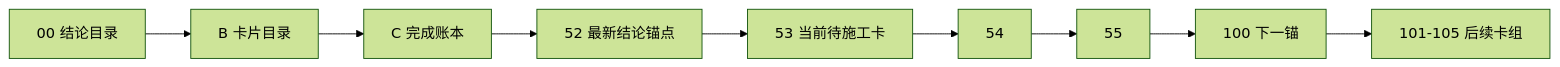
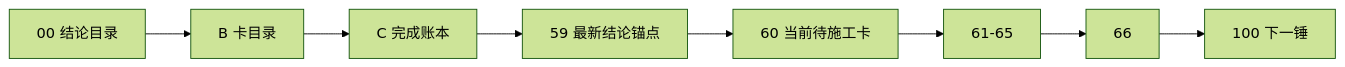
The diagram in docs/03-execution/A-execution-reading-order-20260409.md (everything-is-simple/lifespan-0.01), drawn with Mermaid (forest theme) before and after one commit. The commit also changed other lines of this file and 35 other files, not shown here.

Commit message:
docs: 完成56-66 middle-ledger落地卡组，更新路线图与入口文件

````diff
--- a/docs/03-execution/A-execution-reading-order-20260409.md
+++ b/docs/03-execution/A-execution-reading-order-20260409.md
@@ -29,11 +29,10 @@
 ```mermaid
 flowchart LR
-    CONC["00 结论目录"] --> BCAT["B 卡片目录"]
+    CONC["00 结论目录"] --> BCAT["B 卡目录"]
     BCAT --> CLED["C 完成账本"]
-    CLED --> ANC["52 最新结论锚点"]
-    ANC --> G53["53 当前待施工卡"]
-    G53 --> G54["54"]
-    G54 --> G55["55"]
-    G55 --> NEXT["100 下一锚"]
-    NEXT --> POST["101-105 后续卡组"]
+    CLED --> ANC["59 最新结论锚点"]
+    ANC --> G60["60 当前待施工卡"]
+    G60 --> G65["61-65"]
+    G65 --> G66["66"]
+    G66 --> NEXT["100 下一锤"]
 ```
````
